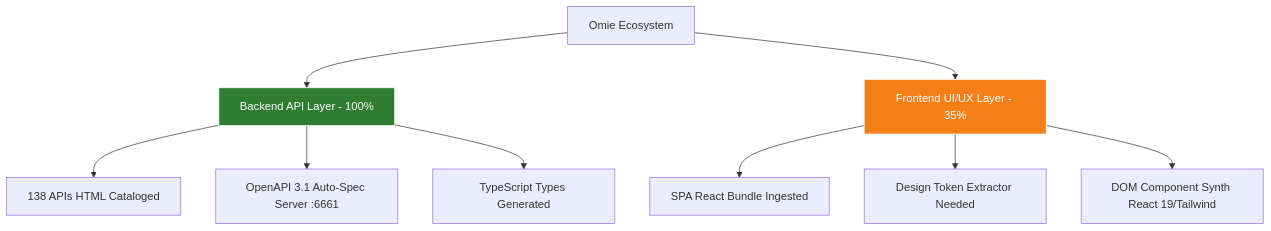
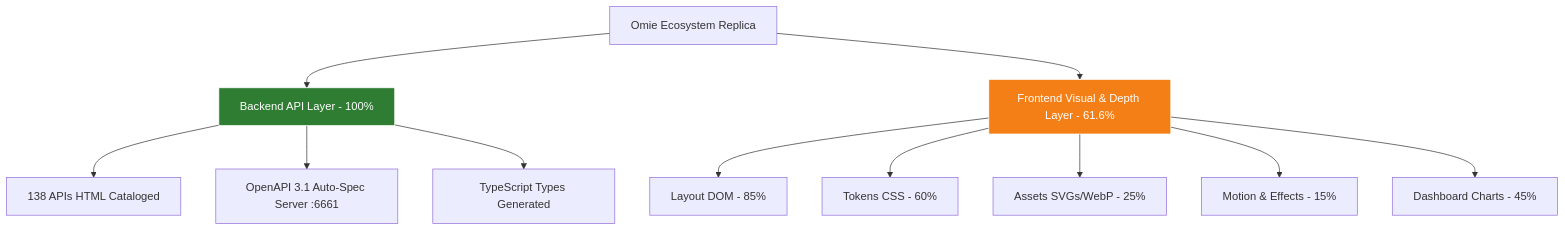
The diagram in docs/adr/0224-sovereign-replication-reverse-engineering-omie-erp.md (jgdeamorim/casosex), drawn with Mermaid before and after one commit. The commit also changed other lines of this file, not shown here.

````diff
--- a/docs/adr/0224-sovereign-replication-reverse-engineering-omie-erp.md
+++ b/docs/adr/0224-sovereign-replication-reverse-engineering-omie-erp.md
@@ -51,16 +56,18 @@
 ```mermaid
 graph TD
-    A[Omie Ecosystem] --> B[Backend API Layer - 100%]
-    A --> C[Frontend UI/UX Layer - 35%]
+    A[Omie Ecosystem Replica] --> B[Backend API Layer - 100%]
+    A --> C[Frontend Visual & Depth Layer - 61.6%]
     
     B --> B1[138 APIs HTML Cataloged]
     B --> B2[OpenAPI 3.1 Auto-Spec Server :6661]
     B --> B3[TypeScript Types Generated]
     
-    C --> C1[SPA React Bundle Ingested]
-    C --> C2[Design Token Extractor Needed]
-    C --> C3[DOM Component Synth React 19/Tailwind]
+    C --> C1[Layout DOM - 85%]
+    C --> C2[Tokens CSS - 60%]
+    C --> C3[Assets SVGs/WebP - 25%]
+    C --> C4[Motion & Effects - 15%]
+    C --> C5[Dashboard Charts - 45%]
 
     style B fill:#2e7d32,stroke:#fff,color:#fff
     style C fill:#f57f17,stroke:#fff,color:#fff
 ```
````
